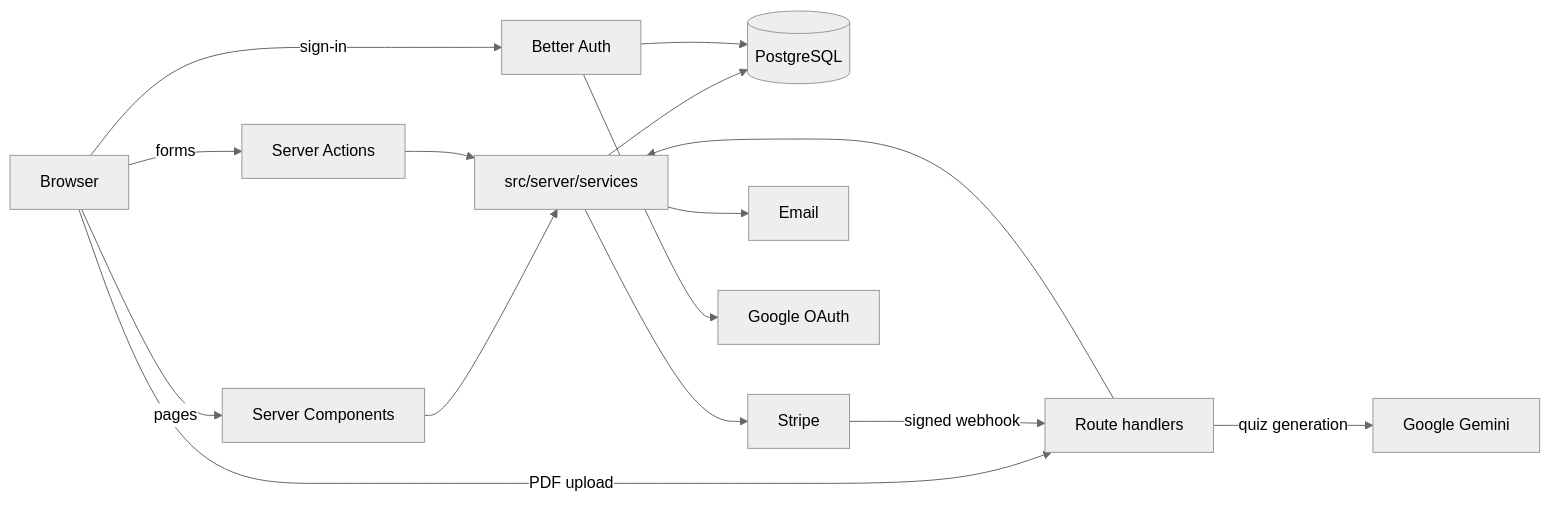
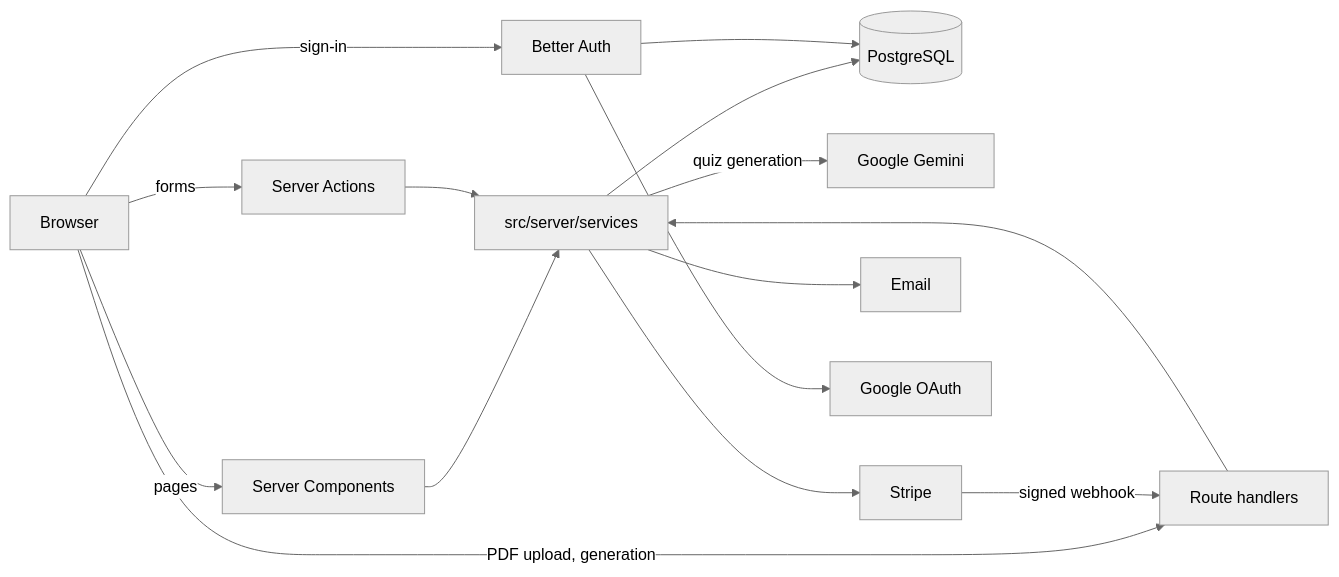
The diagram in README.md (Ziad-Alghawi/nextjs-quiz-ai), drawn with Mermaid (neutral theme) before and after one commit. The commit also changed other lines of this file and 9 other files, not shown here.

````diff
--- a/README.md
+++ b/README.md
@@ -52,16 +64,16 @@
 ```mermaid
 flowchart LR
   Browser -->|pages| RSC[Server Components]
   Browser -->|forms| SA[Server Actions]
-  Browser -->|PDF upload| API[Route handlers]
+  Browser -->|PDF upload, generation| API[Route handlers]
   RSC --> Services
   SA --> Services
   API --> Services
   Services[src/server/services] --> DB[(PostgreSQL)]
-  API -->|quiz generation| Gemini[Google Gemini]
+  Services -->|quiz generation| Gemini[Google Gemini]
   Services --> Stripe
   Stripe -->|signed webhook| API
   Services --> SMTP[Email]
   Browser -->|sign-in| Auth[Better Auth] --> DB
   Auth --> Google[Google OAuth]
 ```
````
